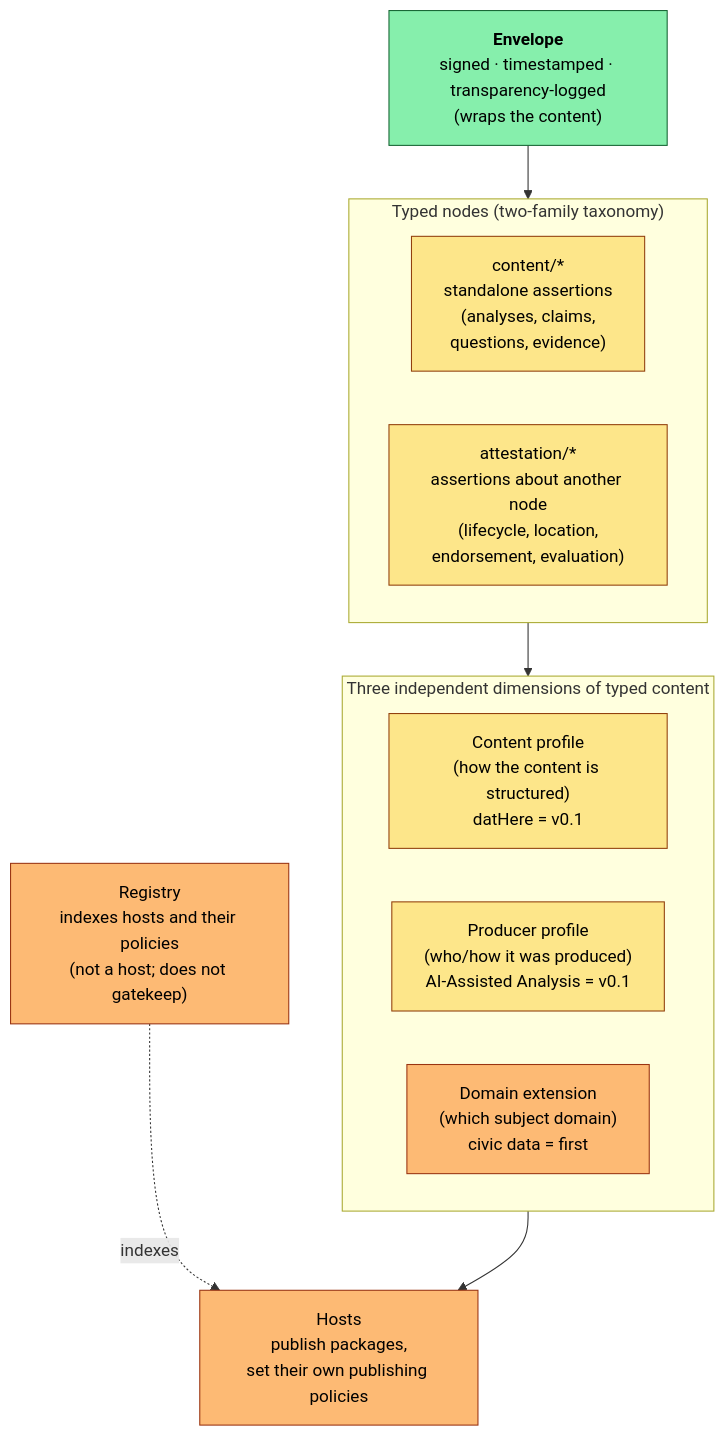
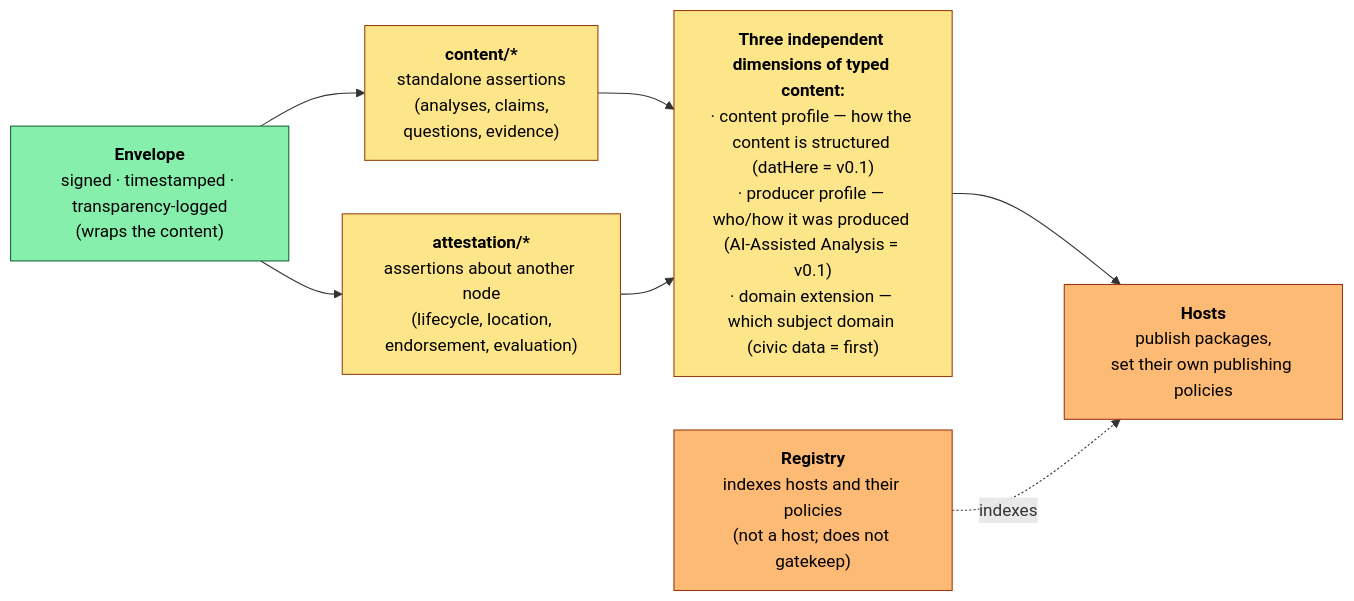
Before and after one commit to npstorey/civic-ai-tools: the diagram in docs/architecture/typed-standards-summary.md, drawn with Mermaid. The commit also changed other lines of this file and 2 other files, not shown here.

First paragraph of the commit message:
docs(architecture): summary refresh round 3 — diagram aspect-ratio fix, What-it-enables section, orientation doc v0.1.1 URL
Pre-merge polish before tagging as v0.1.1.

````diff
--- a/docs/architecture/typed-standards-summary.md
+++ b/docs/architecture/typed-standards-summary.md
@@ -49,29 +49,23 @@
 ```mermaid
-flowchart TB
+flowchart LR
     ENV["<b>Envelope</b><br/>signed · timestamped · transparency-logged<br/>(wraps the content)"]:::built
 
-    subgraph TYPED["Typed nodes (two-family taxonomy)"]
-        direction LR
-        CONTENT["content/*<br/>standalone assertions<br/>(analyses, claims,<br/>questions, evidence)"]:::partial
-        ATTEST["attestation/*<br/>assertions about another node<br/>(lifecycle, location,<br/>endorsement, evaluation)"]:::partial
-    end
+    CONTENT["<b>content/*</b><br/>standalone assertions<br/>(analyses, claims,<br/>questions, evidence)"]:::partial
+    ATTEST["<b>attestation/*</b><br/>assertions about another node<br/>(lifecycle, location,<br/>endorsement, evaluation)"]:::partial
 
-    subgraph DIMS["Three independent dimensions of typed content"]
-        direction LR
-        CP["Content profile<br/>(how the content is structured)<br/>datHere = v0.1"]:::partial
-        PP["Producer profile<br/>(who/how it was produced)<br/>AI-Assisted Analysis = v0.1"]:::partial
-        DX["Domain extension<br/>(which subject domain)<br/>civic data = first"]:::reserved
-    end
+    DIMS["<b>Three independent dimensions of typed content:</b><br/>· content profile — how the content is structured (datHere = v0.1)<br/>· producer profile — who/how it was produced (AI-Assisted Analysis = v0.1)<br/>· domain extension — which subject domain (civic data = first)"]:::partial
 
-    HOST["Hosts<br/>publish packages,<br/>set their own publishing policies"]:::reserved
-    REG["Registry<br/>indexes hosts and their policies<br/>(not a host; does not gatekeep)"]:::reserved
+    HOST["<b>Hosts</b><br/>publish packages,<br/>set their own publishing policies"]:::reserved
+    REG["<b>Registry</b><br/>indexes hosts and their policies<br/>(not a host; does not gatekeep)"]:::reserved
 
-    ENV --> TYPED
-    TYPED --> DIMS
+    ENV --> CONTENT
+    ENV --> ATTEST
+    CONTENT --> DIMS
+    ATTEST --> DIMS
     DIMS --> HOST
     REG -.indexes.-> HOST
 
     classDef built fill:#86efac,stroke:#166534,color:#000
     classDef partial fill:#fde68a,stroke:#92400e,color:#000
     classDef reserved fill:#fdba74,stroke:#9a3412,color:#000
 ```
````
